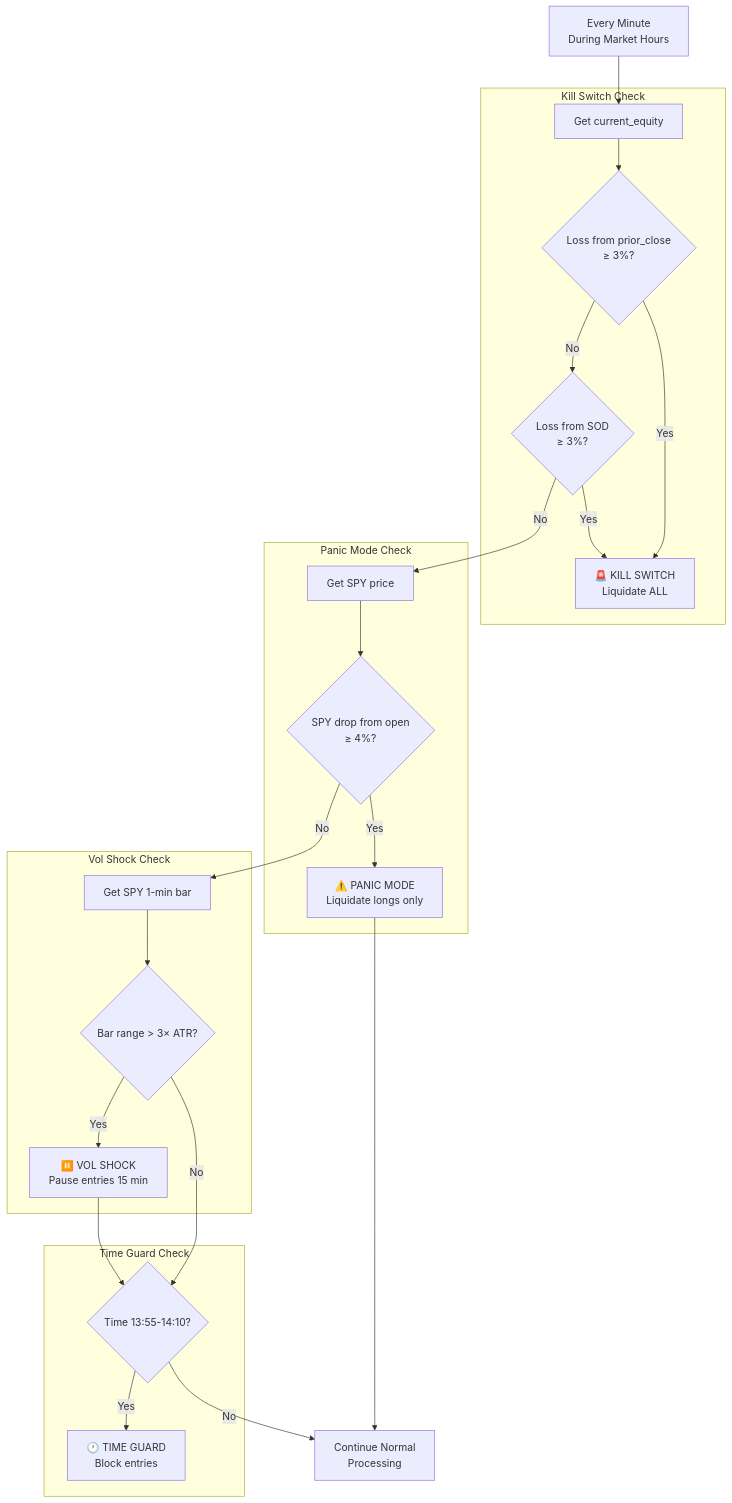
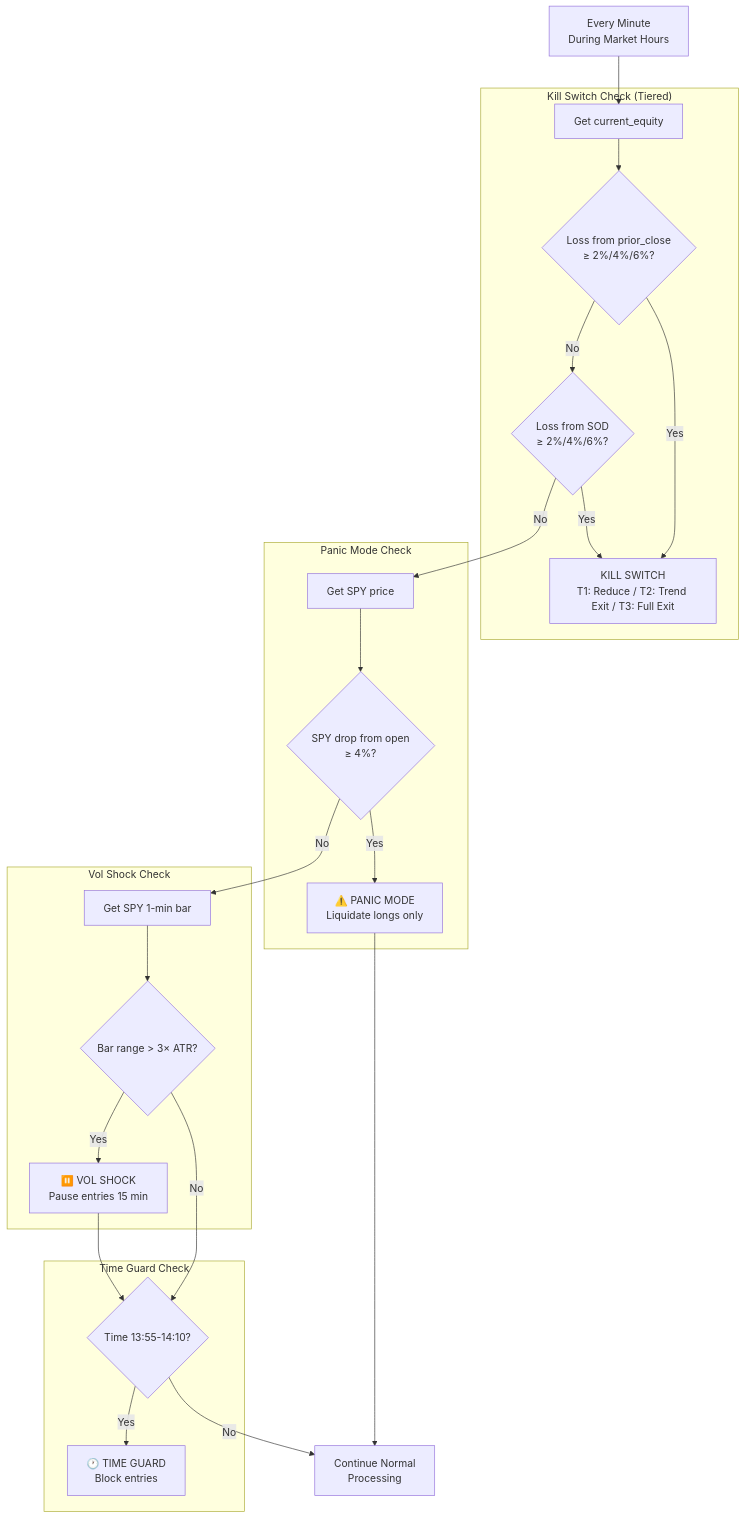
The first of 2 diagrams in docs/system/12-risk-engine.md (vickdavinci/alpha-nextgen-v2-private), drawn with Mermaid before and after one commit. The commit also changed other lines of this file and 17 other files, not shown here.

````diff
--- a/docs/system/12-risk-engine.md
+++ b/docs/system/12-risk-engine.md
@@ -560,51 +565,51 @@
 ```mermaid
 flowchart TD
     START["Every Minute<br/>During Market Hours"]
     
-    subgraph KILL["Kill Switch Check"]
+    subgraph KILL["Kill Switch Check (Tiered)"]
         K1["Get current_equity"]
-        K2{"Loss from prior_close<br/>≥ 3%?"}
-        K3{"Loss from SOD<br/>≥ 3%?"}
-        K_TRIGGER["🚨 KILL SWITCH<br/>Liquidate ALL"]
+        K2{"Loss from prior_close<br/>≥ 2%/4%/6%?"}
+        K3{"Loss from SOD<br/>≥ 2%/4%/6%?"}
+        K_TRIGGER["KILL SWITCH<br/>T1: Reduce / T2: Trend Exit / T3: Full Exit"]
     end
     
     subgraph PANIC["Panic Mode Check"]
         P1["Get SPY price"]
         P2{"SPY drop from open<br/>≥ 4%?"}
         P_TRIGGER["⚠️ PANIC MODE<br/>Liquidate longs only"]
     end
     
     subgraph VOL["Vol Shock Check"]
         V1["Get SPY 1-min bar"]
         V2{"Bar range > 3× ATR?"}
         V_TRIGGER["⏸️ VOL SHOCK<br/>Pause entries 15 min"]
     end
     
     subgraph TIME["Time Guard Check"]
         T1{"Time 13:55-14:10?"}
         T_TRIGGER["🕐 TIME GUARD<br/>Block entries"]
     end
     
     CONTINUE["Continue Normal<br/>Processing"]
     
     START --> K1
     K1 --> K2
     K2 -->|Yes| K_TRIGGER
     K2 -->|No| K3
     K3 -->|Yes| K_TRIGGER
     K3 -->|No| P1
     
     P1 --> P2
     P2 -->|Yes| P_TRIGGER
     P2 -->|No| V1
     
     V1 --> V2
     V2 -->|Yes| V_TRIGGER
     V2 -->|No| T1
     
     T1 -->|Yes| T_TRIGGER
     T1 -->|No| CONTINUE
     
     V_TRIGGER --> T1
     P_TRIGGER --> CONTINUE
 ```
````
